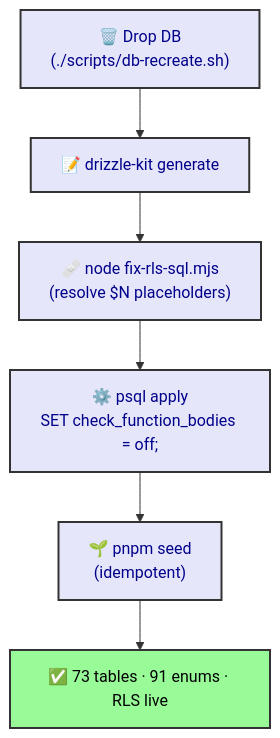
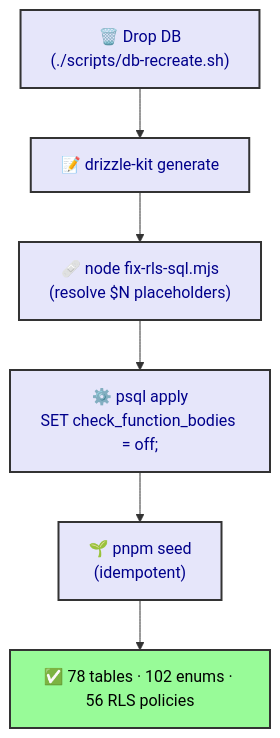
The diagram in apps/docs/content/runbooks/db-recreate.mdx (r0b0tr0n1k/rocky), drawn with Mermaid before and after one commit. The commit also changed other lines of this file and 1 other file, not shown here.

First line of the commit message:
docs(runbooks): reflect Section 8 seed data + current DB counts

````diff
--- a/apps/docs/content/runbooks/db-recreate.mdx
+++ b/apps/docs/content/runbooks/db-recreate.mdx
@@ -11,12 +11,12 @@
 ```mermaid
 flowchart TD
   DROP["🗑️ Drop DB<br/>(./scripts/db-recreate.sh)"] --> GEN["📝 drizzle-kit generate"]
   GEN --> FIX["🩹 node fix-rls-sql.mjs<br/>(resolve $N placeholders)"]
   FIX --> APPLY["⚙️ psql apply<br/>SET check_function_bodies = off;"]
   APPLY --> SEED["🌱 pnpm seed<br/>(idempotent)"]
-  SEED --> VER["✅ 73 tables · 91 enums · RLS live"]
+  SEED --> VER["✅ 78 tables · 102 enums · 56 RLS policies"]
   classDef step fill:#E6E6FA,stroke:#333,stroke-width:2px,color:darkblue
   classDef ok fill:#98FB98,stroke:#333,stroke-width:2px,color:black
   class DROP,GEN,FIX,APPLY,SEED step
   class VER ok
 ```
````
